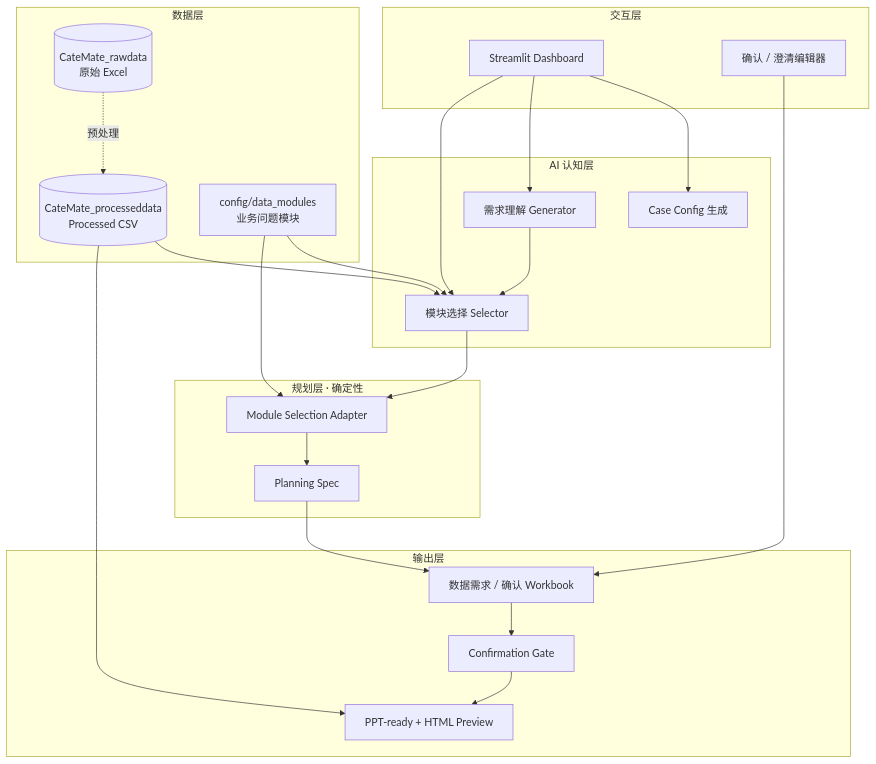
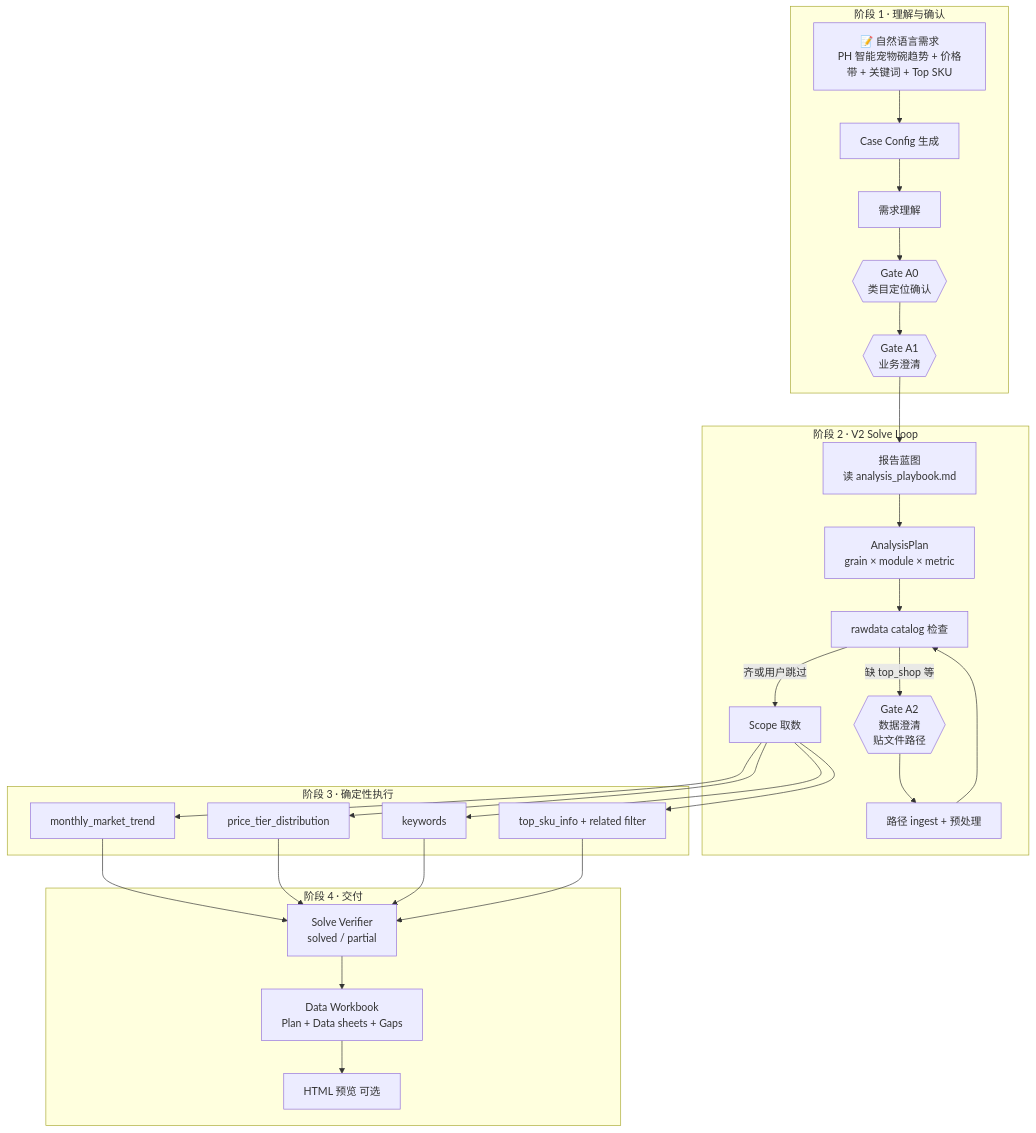
Before and after one commit to coco20020806/CateMate-Version-1.0-: the first of 2 diagrams in README.md, drawn with Mermaid. The commit also changed other lines of this file and 139 other files, not shown here.

Commit message:
feat(v2): Solve Loop pipeline, executable modules, and updated GitHub README.

````diff
--- a/README.md
+++ b/README.md
@@ -76,38 +111,40 @@
 ```mermaid
 flowchart TB
-  subgraph ui [交互层]
-    ST[Streamlit Dashboard]
-    CE[确认 / 澄清编辑器]
+  IN["📝 自然语言需求<br/>PH 智能宠物碗趋势 + 价格带 + 关键词 + Top SKU"]
+
+  subgraph phase1 [阶段 1 · 理解与确认]
+    CC[Case Config 生成]
+    UG[需求理解]
+    G0{{Gate A0<br/>类目定位确认}}
+    G1{{Gate A1<br/>业务澄清}}
+    IN --> CC --> UG --> G0 --> G1
   end
 
-  subgraph ai [AI 认知层]
-    CC[Case Config 生成]
-    UG[需求理解 Generator]
-    SEL[模块选择 Selector]
+  subgraph phase2 [阶段 2 · V2 Solve Loop]
+    BP[报告蓝图<br/>读 analysis_playbook.md]
+    AP[AnalysisPlan<br/>grain × module × metric]
+    CK[rawdata catalog 检查]
+    G2{{Gate A2<br/>数据澄清<br/>贴文件路径}}
+    BP --> AP --> CK
+    CK -->|缺 top_shop 等| G2 --> INGEST[路径 ingest + 预处理] --> CK
+    CK -->|齐或用户跳过| EXEC
   end
 
-  subgraph plan [规划层 · 确定性]
-    AD[Module Selection Adapter]
-    PS[Planning Spec]
+  subgraph phase3 [阶段 3 · 确定性执行]
+    EXEC[Scope 取数]
+    M1[monthly_market_trend]
+    M2[price_tier_distribution]
+    M3[keywords]
+    M4[top_sku_info + related filter]
+    EXEC --> M1 & M2 & M3 & M4
   end
 
-  subgraph data [数据层]
-    RAW[(CateMate_rawdata<br/>原始 Excel)]
-    PROC[(CateMate_processeddata<br/>Processed CSV)]
-    MOD[config/data_modules<br/>业务问题模块]
+  subgraph phase4 [阶段 4 · 交付]
+    VF[Solve Verifier<br/>solved / partial]
+    DWB[Data Workbook<br/>Plan + Data sheets + Gaps]
+    HTML[HTML 预览 可选]
+    M1 & M2 & M3 & M4 --> VF --> DWB --> HTML
   end
 
-  subgraph out [输出层]
-    WB[数据需求 / 确认 Workbook]
-    GATE[Confirmation Gate]
-    PR[PPT-ready + HTML Preview]
-  end
-
-  ST --> CC & UG & SEL
-  CE --> WB
-  UG --> SEL --> AD --> PS --> WB
-  MOD --> SEL & AD
-  PROC --> SEL & PR
-  RAW -.预处理.-> PROC
-  WB --> GATE --> PR
+  G1 --> BP
 ```
````
